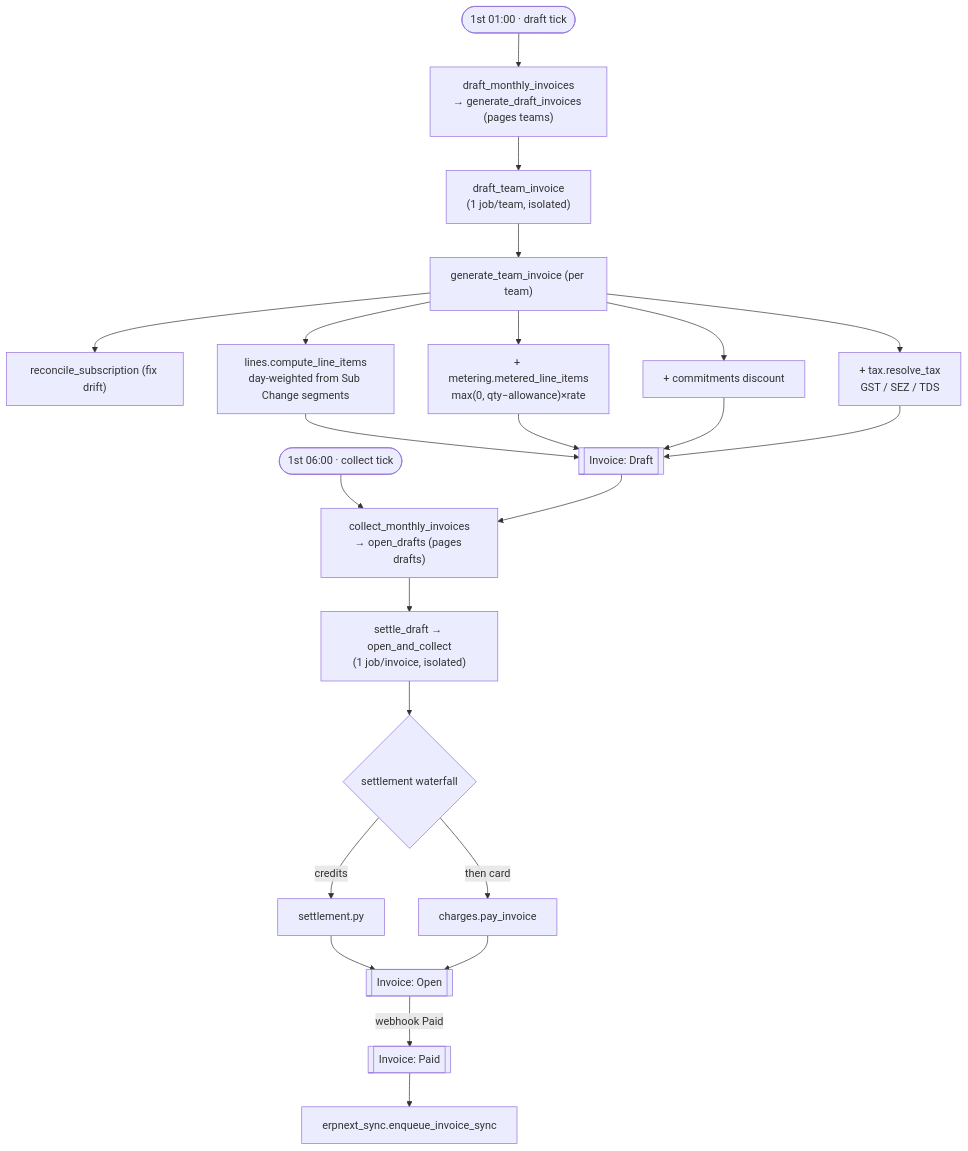
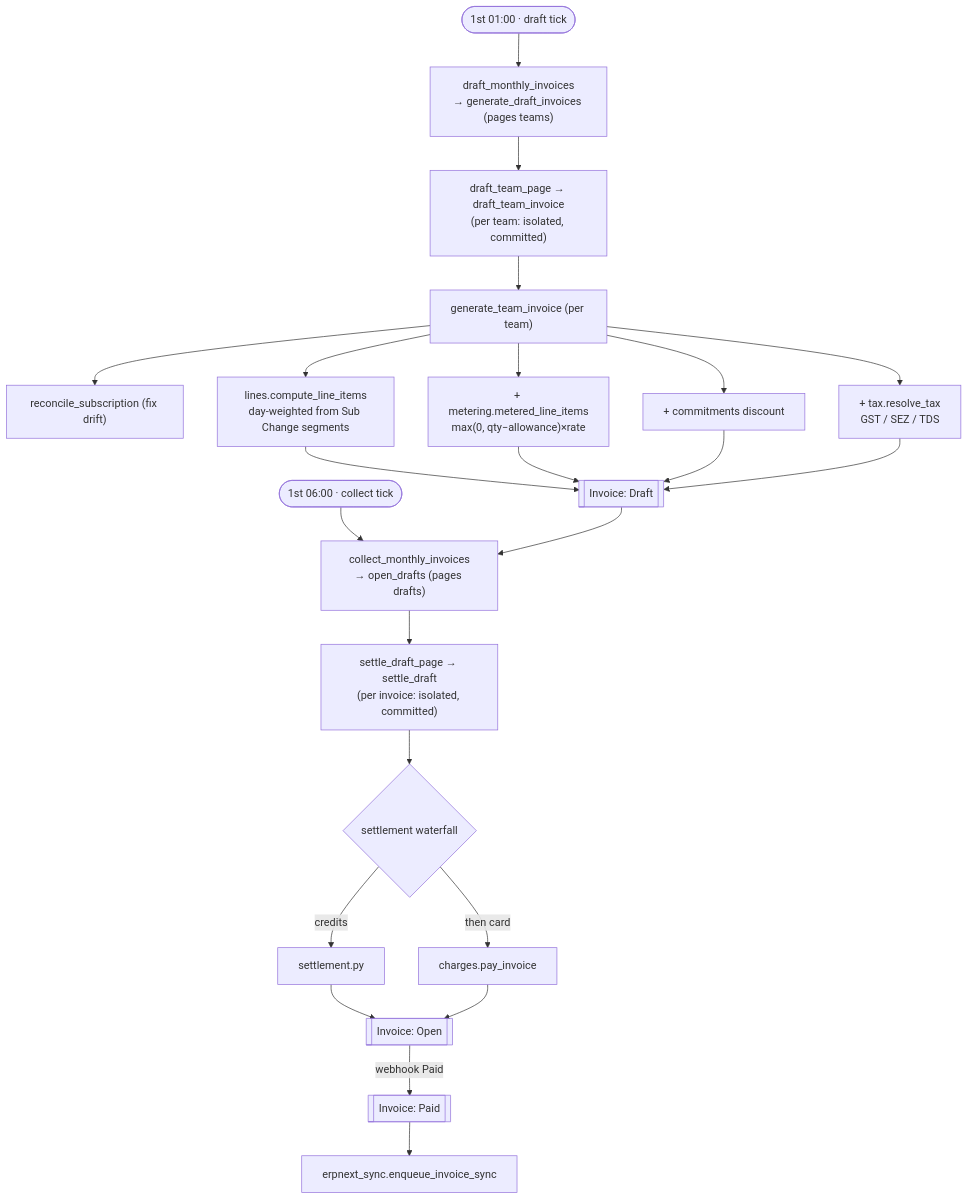
The fifth of 8 diagrams in central/billing/ARCHITECTURE.md (frappe/central), drawn with Mermaid before and after one commit. The commit also changed other lines of this file, not shown here.

Commit message:
docs: page jobs, the billing queue dial, and dunning grace

````diff
--- a/central/billing/ARCHITECTURE.md
+++ b/central/billing/ARCHITECTURE.md
@@ -272,22 +313,22 @@
 ```mermaid
 flowchart TD
     DRAFTTICK(["1st 01:00 · draft tick"]) --> GDI["draft_monthly_invoices<br/>→ generate_draft_invoices (pages teams)"]
-    GDI --> DTI["draft_team_invoice<br/>(1 job/team, isolated)"]
+    GDI --> DTI["draft_team_page → draft_team_invoice<br/>(per team: isolated, committed)"]
     DTI --> GTI["generate_team_invoice (per team)"]
     GTI --> RS["reconcile_subscription (fix drift)"]
     GTI --> LINES["lines.compute_line_items<br/>day-weighted from Sub Change segments"]
     GTI --> MET["+ metering.metered_line_items<br/>max(0, qty−allowance)×rate"]
     GTI --> DISC["+ commitments discount"]
     GTI --> TAX["+ tax.resolve_tax<br/>GST / SEZ / TDS"]
     LINES & MET & DISC & TAX --> DRAFT[["Invoice: Draft"]]
 
     COLLECTTICK(["1st 06:00 · collect tick"]) --> OD["collect_monthly_invoices<br/>→ open_drafts (pages drafts)"]
     DRAFT --> OD
-    OD --> OAC["settle_draft → open_and_collect<br/>(1 job/invoice, isolated)"]
+    OD --> OAC["settle_draft_page → settle_draft<br/>(per invoice: isolated, committed)"]
     OAC --> WF{"settlement waterfall"}
     WF -->|credits| CR["settlement.py"]
     WF -->|then card| CARD["charges.pay_invoice"]
     CR & CARD --> OPEN[["Invoice: Open"]]
     OPEN -->|webhook Paid| PAID[["Invoice: Paid"]]
     PAID --> SYNC["erpnext_sync.enqueue_invoice_sync"]
 ```
````
